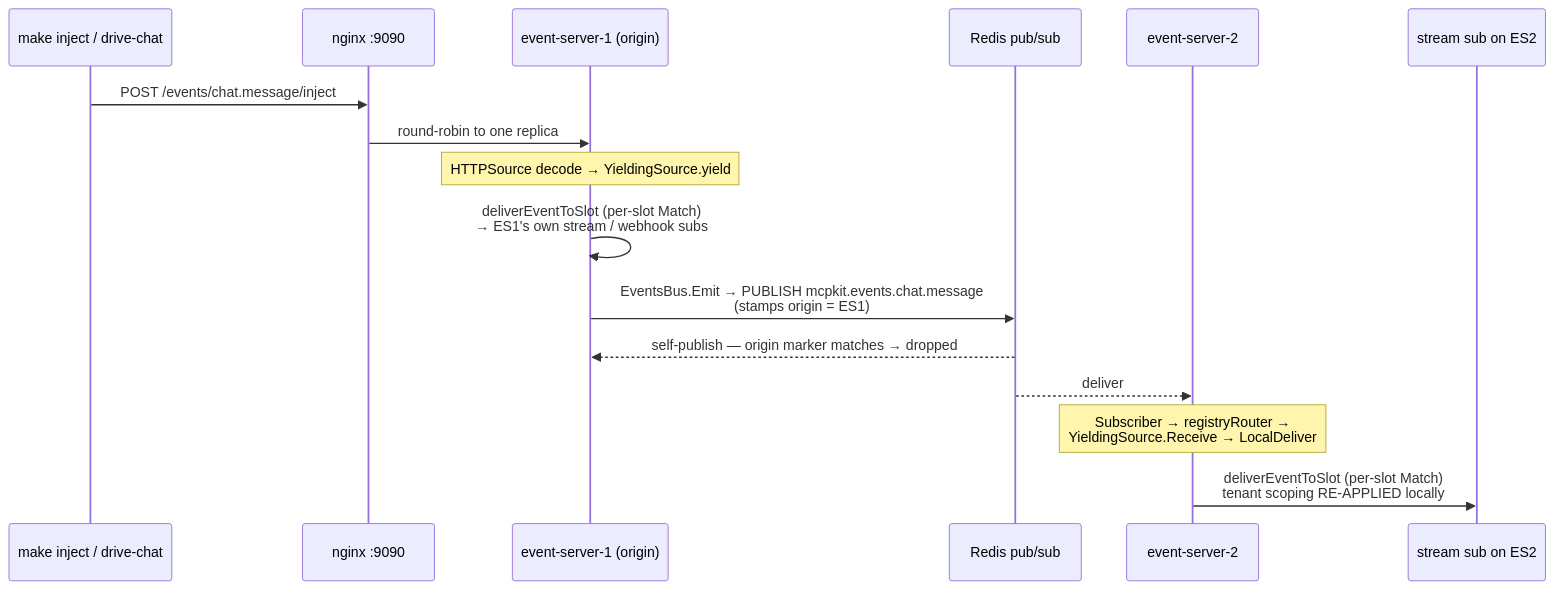
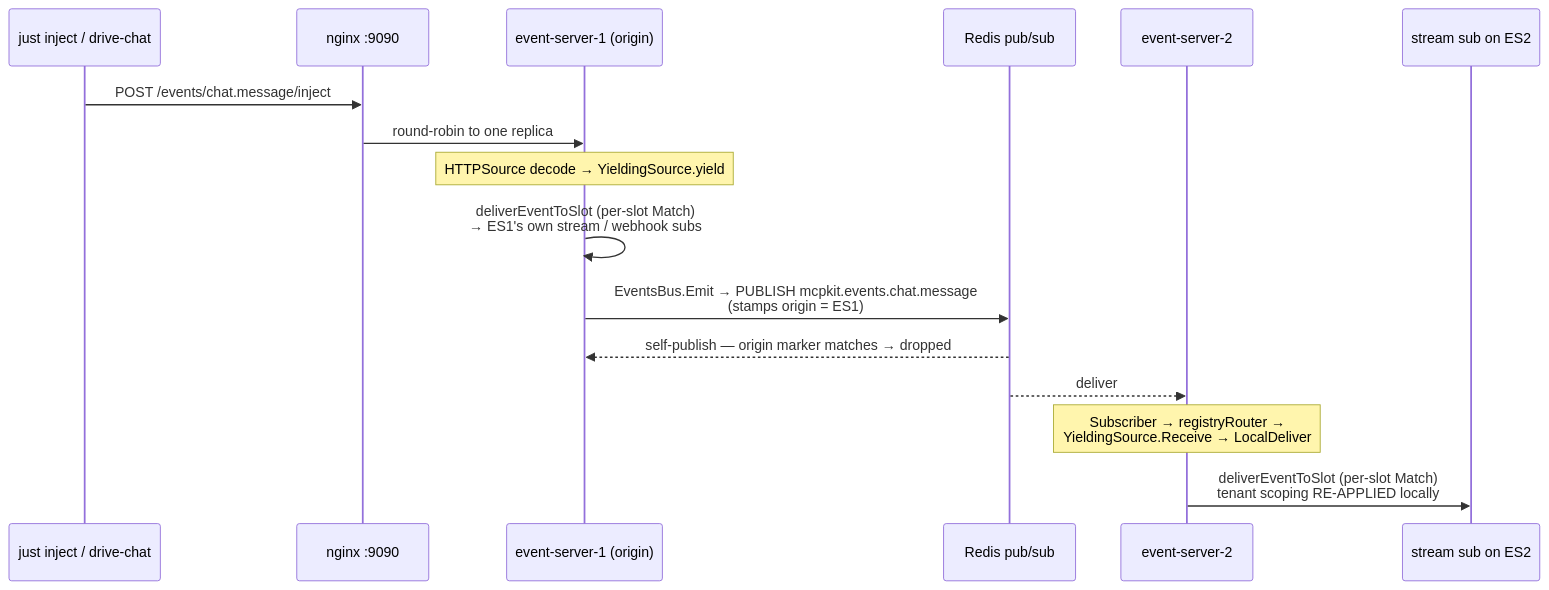
The diagram in examples/whole-enchilada/events/README.md (panyam/mcpkit), drawn with Mermaid before and after one commit. The commit also changed other lines of this file and 293 other files, not shown here.

````diff
--- a/examples/whole-enchilada/events/README.md
+++ b/examples/whole-enchilada/events/README.md
@@ -171,19 +171,19 @@
 ```mermaid
 sequenceDiagram
-    participant Drv as make inject / drive-chat
+    participant Drv as just inject / drive-chat
     participant NX as nginx :9090
     participant ES1 as event-server-1 (origin)
     participant Redis as Redis pub/sub
     participant ES2 as event-server-2
     participant Sub as stream sub on ES2
 
     Drv->>NX: POST /events/chat.message/inject
     NX->>ES1: round-robin to one replica
     Note over ES1: HTTPSource decode → YieldingSource.yield
     ES1->>ES1: deliverEventToSlot (per-slot Match)<br/>→ ES1's own stream / webhook subs
     ES1->>Redis: EventsBus.Emit → PUBLISH mcpkit.events.chat.message<br/>(stamps origin = ES1)
     Redis-->>ES1: self-publish — origin marker matches → dropped
     Redis-->>ES2: deliver
     Note over ES2: Subscriber → registryRouter →<br/>YieldingSource.Receive → LocalDeliver
     ES2->>Sub: deliverEventToSlot (per-slot Match)<br/>tenant scoping RE-APPLIED locally
 ```
````
